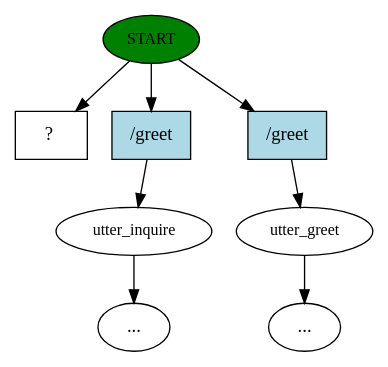
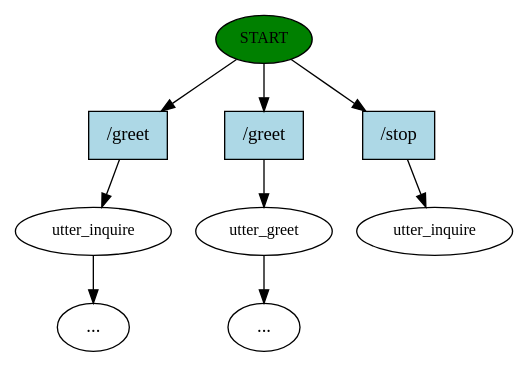
Before and after one commit to greenwichdn/AIGC: the diagram in story_graph.dot, drawn with Graphviz. The commit also changed 4 other files, not shown here.

```diff
--- a/story_graph.dot
+++ b/story_graph.dot
@@ -1,17 +1,19 @@
 digraph  {
 0 [class="start active", fillcolor=green, fontsize=12, label=START, style=filled];
 1 [class="", fontsize=12, label=utter_inquire];
 2 [class="", fontsize=12, label=utter_greet];
 "-7" [class=ellipsis, label="..."];
 "-9" [class=ellipsis, label="..."];
-8 [class="intent dashed active", label="  ?  ", shape=rect];
+8 [class="dashed active", fontsize=12, label=utter_inquire];
 9 [class=intent, fillcolor=lightblue, label="\/greet", shape=rect, style=filled];
 10 [class=intent, fillcolor=lightblue, label="\/greet", shape=rect, style=filled];
-0 -> 8  [class=active, key=NONE, label=""];
+11 [class="intent active", fillcolor=lightblue, label="\/stop", shape=rect, style=filled];
 0 -> 9  [class="", key=0];
 0 -> 10  [class="", key=0];
+0 -> 11  [class=active, key=0];
 1 -> "-7"  [class="", key=NONE, label=""];
 2 -> "-9"  [class="", key=NONE, label=""];
 9 -> 1  [class="", key=0];
 10 -> 2  [class="", key=0];
+11 -> 8  [class=active, key=0];
 }
```
